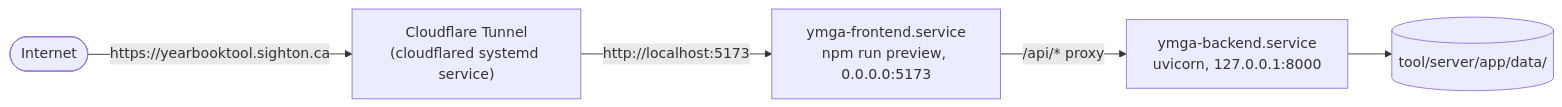
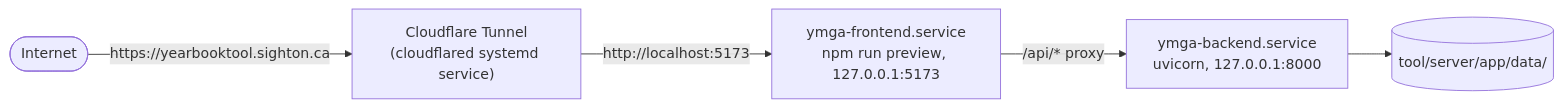
One commit to Sighton-GH/YearbookAutomator changed the fifth of 5 diagrams in docs/01-architecture.md. Above: the diagram before and after it, drawn with Mermaid. The commit also changed other lines of this file and 69 other files, not shown here.

````diff
--- a/docs/01-architecture.md
+++ b/docs/01-architecture.md
@@ -190,7 +190,7 @@
 ```mermaid
 flowchart LR
     internet(["Internet"]) -- "https://yearbooktool.sighton.ca" --> tunnel["Cloudflare Tunnel<br/>(cloudflared systemd service)"]
-    tunnel -- "http://localhost:5173" --> fe["ymga-frontend.service<br/>npm run preview, 0.0.0.0:5173"]
+    tunnel -- "http://localhost:5173" --> fe["ymga-frontend.service<br/>npm run preview, 127.0.0.1:5173"]
     fe -- "/api/* proxy" --> be["ymga-backend.service<br/>uvicorn, 127.0.0.1:8000"]
     be --> data[("tool/server/app/data/")]
 ```
````
